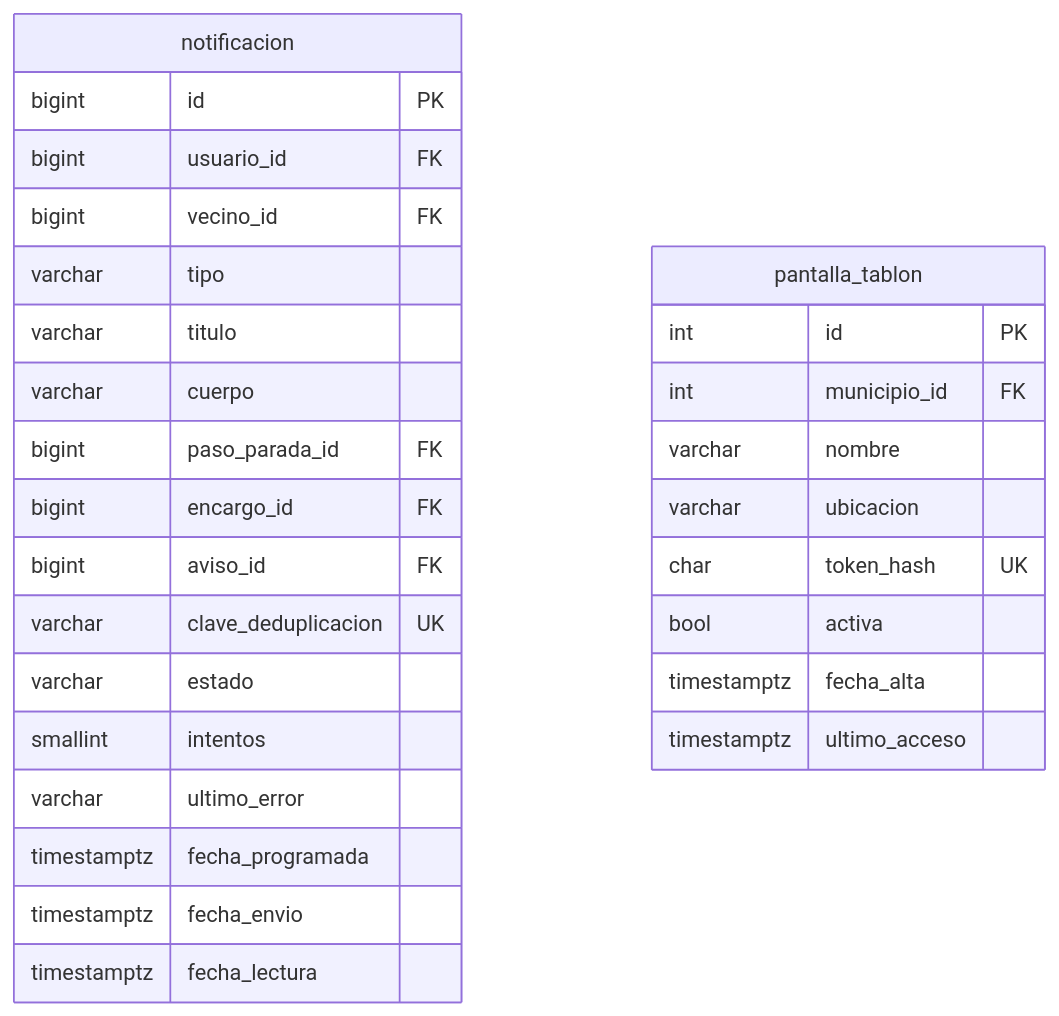
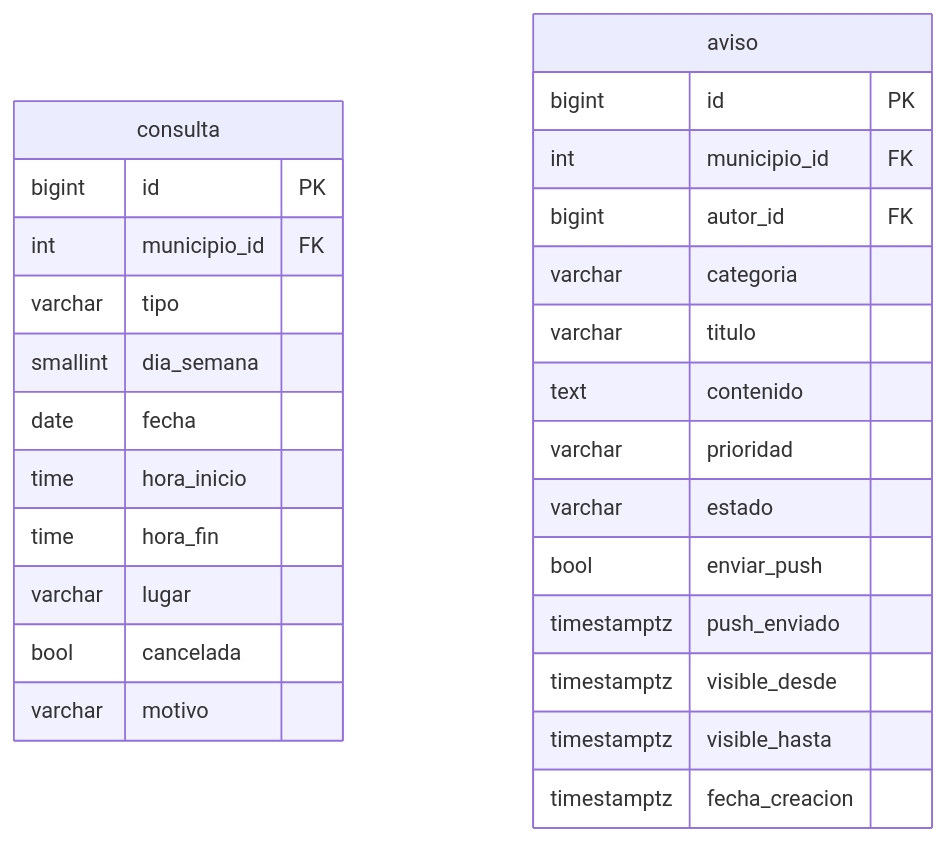
One commit to JavierSanzdelCerro/TFG_CLAXON changed the fifth of 5 diagrams in docs/base-de-datos/diagramas.md. Above: the diagram before and after it, drawn with Mermaid. The commit also changed other lines of this file and 39 other files, not shown here.

````diff
--- a/docs/base-de-datos/diagramas.md
+++ b/docs/base-de-datos/diagramas.md
@@ -448,31 +171,30 @@
 ```mermaid
 erDiagram
-    notificacion {
+    consulta {
         bigint id PK
-        bigint usuario_id FK
-        bigint vecino_id FK
+        int municipio_id FK
         varchar tipo
+        smallint dia_semana
+        date fecha
+        time hora_inicio
+        time hora_fin
+        varchar lugar
+        bool cancelada
+        varchar motivo
+    }
+    aviso {
+        bigint id PK
+        int municipio_id FK
+        bigint autor_id FK
+        varchar categoria
         varchar titulo
-        varchar cuerpo
-        bigint paso_parada_id FK
-        bigint encargo_id FK
-        bigint aviso_id FK
-        varchar clave_deduplicacion UK
+        text contenido
+        varchar prioridad
         varchar estado
-        smallint intentos
-        varchar ultimo_error
-        timestamptz fecha_programada
-        timestamptz fecha_envio
-        timestamptz fecha_lectura
-    }
-    pantalla_tablon {
-        int id PK
-        int municipio_id FK
-        varchar nombre
-        varchar ubicacion
-        char token_hash UK
-        bool activa
-        timestamptz fecha_alta
-        timestamptz ultimo_acceso
+        bool enviar_push
+        timestamptz push_enviado
+        timestamptz visible_desde
+        timestamptz visible_hasta
+        timestamptz fecha_creacion
     }
 ```
````
